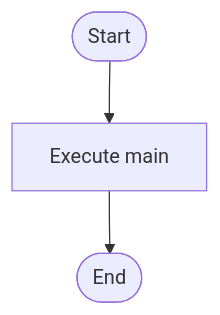
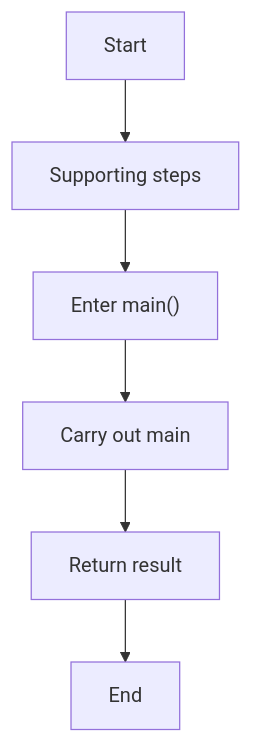
Before and after one commit to JohnAndrewBalbarosa/NeoTerritory: the first of 2 diagrams in docs/Codebase/Microservice/main.cpp.md, drawn with Mermaid. The commit also changed other lines of this file and 752 other files, not shown here.

````diff
--- a/docs/Codebase/Microservice/main.cpp.md
+++ b/docs/Codebase/Microservice/main.cpp.md
@@ -30,8 +22,14 @@
 ```mermaid
 flowchart TD
-    Start([Start])
-    N0[Execute main]
-    End([End])
+    Start["Start"]
+    N0["Supporting steps"]
+    N1["Enter main()"]
+    N2["Carry out main"]
+    N3["Return result"]
+    End["End"]
     Start --> N0
-    N0 --> End
+    N0 --> N1
+    N1 --> N2
+    N2 --> N3
+    N3 --> End
 ```
````
